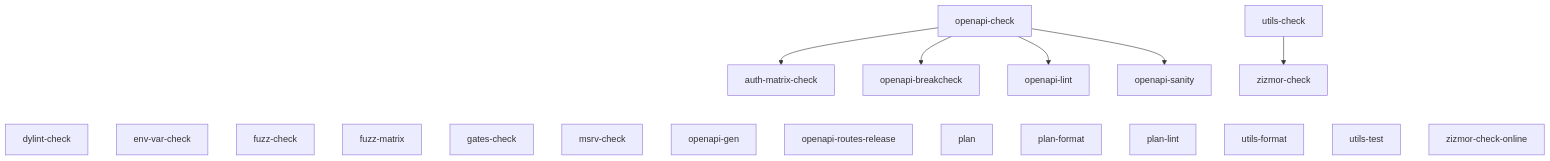
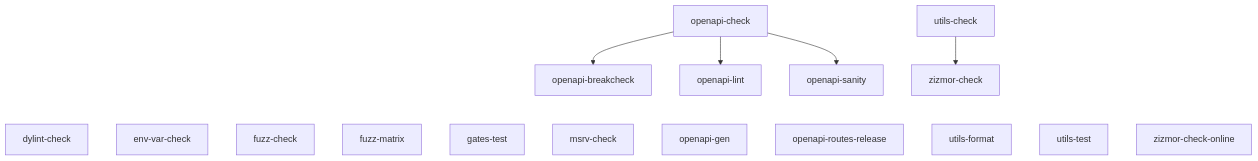
The fifth of 11 diagrams in docs/quality-gates.md (codesam88/picasu), drawn with Mermaid before and after one commit. The commit also changed other lines of this file and 212 other files, not shown here.

````diff
--- a/docs/quality-gates.md
+++ b/docs/quality-gates.md
@@ -129,30 +132,25 @@
 ```mermaid
 graph TD
-  auth-matrix-check
   dylint-check
   env-var-check
   fuzz-check
   fuzz-matrix
-  gates-check
+  gates-test
   msrv-check
   openapi-breakcheck
   openapi-check
   openapi-gen
   openapi-lint
   openapi-routes-release
   openapi-sanity
-  plan
-  plan-format
-  plan-lint
   utils-check
   utils-format
   utils-test
   zizmor-check
   zizmor-check-online
-  openapi-check --> auth-matrix-check
   openapi-check --> openapi-breakcheck
   openapi-check --> openapi-lint
   openapi-check --> openapi-sanity
   utils-check --> zizmor-check
-  auth-matrix-check ~~~ dylint-check & env-var-check & fuzz-check & fuzz-matrix & gates-check & msrv-check & openapi-gen & openapi-routes-release & plan & plan-format & plan-lint & utils-format & utils-test & zizmor-check-online
+  openapi-breakcheck ~~~ dylint-check & env-var-check & fuzz-check & fuzz-matrix & gates-test & msrv-check & openapi-gen & openapi-routes-release & utils-format & utils-test & zizmor-check-online
 ```
````
